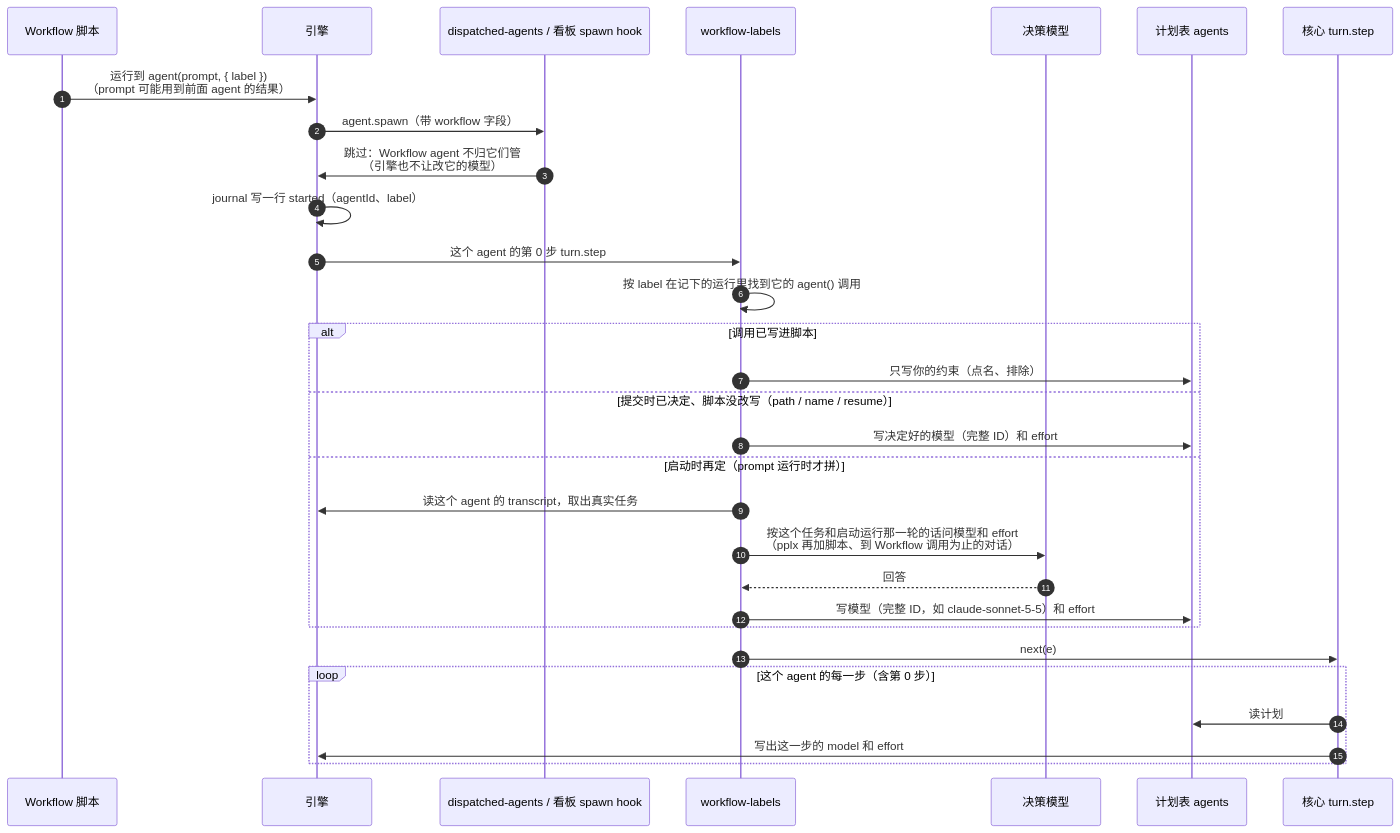
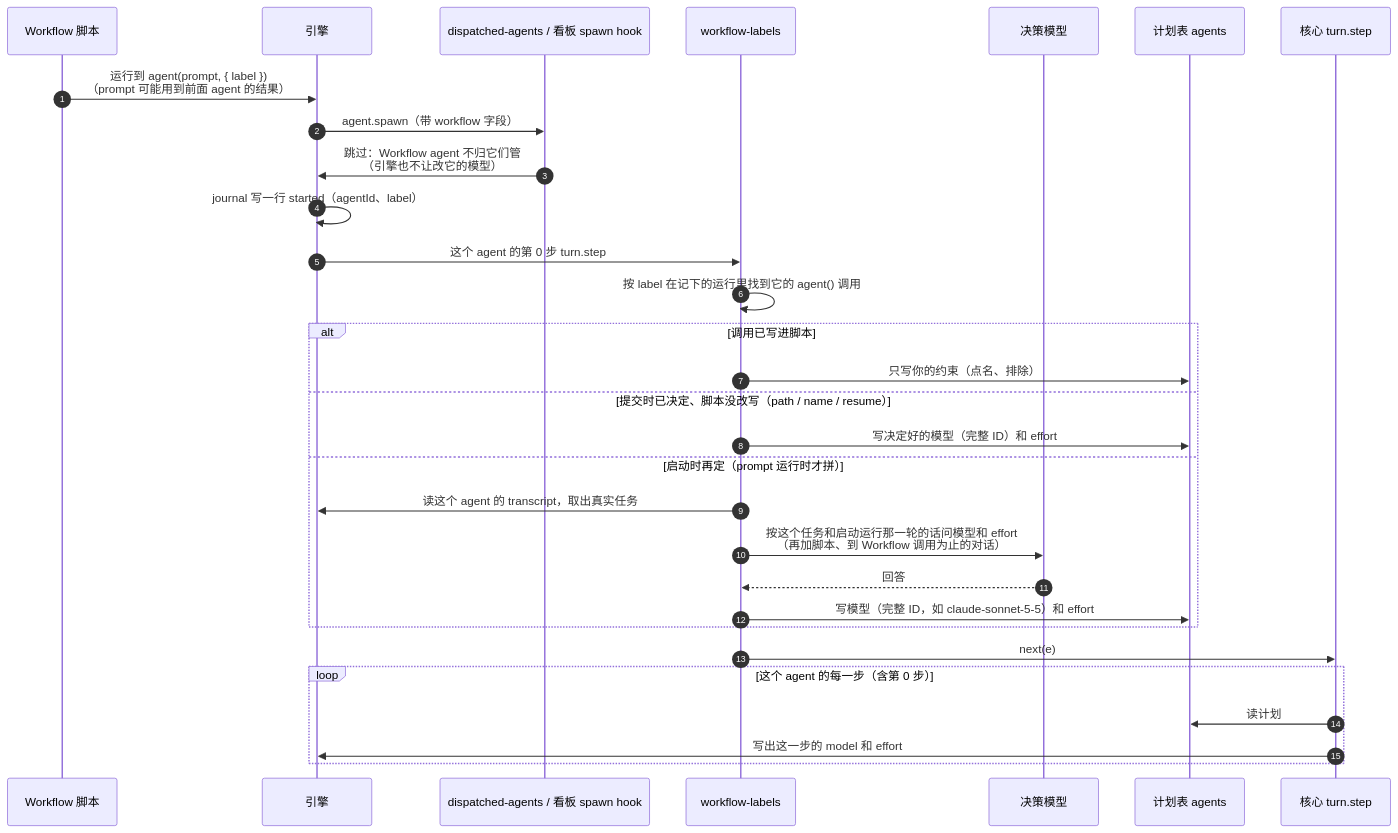
The fourth of 6 diagrams in docs/dispatch-pilot-routing.md (alexcz-a11y/claude-mods), drawn with Mermaid before and after one commit. The commit also changed other lines of this file and 217 other files, not shown here.

````diff
--- a/docs/dispatch-pilot-routing.md
+++ b/docs/dispatch-pilot-routing.md
@@ -114,33 +114,33 @@
 ```mermaid
 sequenceDiagram
     autonumber
     participant S as Workflow 脚本
     participant E as 引擎
     participant D as dispatched-agents / 看板 spawn hook
     participant L as workflow-labels
     participant J as 决策模型
     participant P as 计划表 agents
     participant C as 核心 turn.step
 
     S->>E: 运行到 agent(prompt, { label })<br/>（prompt 可能用到前面 agent 的结果）
     E->>D: agent.spawn（带 workflow 字段）
     D->>E: 跳过：Workflow agent 不归它们管<br/>（引擎也不让改它的模型）
     E->>E: journal 写一行 started（agentId、label）
     E->>L: 这个 agent 的第 0 步 turn.step
     L->>L: 按 label 在记下的运行里找到它的 agent() 调用
     alt 调用已写进脚本
         L->>P: 只写你的约束（点名、排除）
     else 提交时已决定、脚本没改写（path / name / resume）
         L->>P: 写决定好的模型（完整 ID）和 effort
     else 启动时再定（prompt 运行时才拼）
         L->>E: 读这个 agent 的 transcript，取出真实任务
-        L->>J: 按这个任务和启动运行那一轮的话问模型和 effort<br/>（pplx 再加脚本、到 Workflow 调用为止的对话）
+        L->>J: 按这个任务和启动运行那一轮的话问模型和 effort<br/>（再加脚本、到 Workflow 调用为止的对话）
         J-->>L: 回答
         L->>P: 写模型（完整 ID，如 claude-sonnet-5-5）和 effort
     end
     L->>C: next(e)
     loop 这个 agent 的每一步（含第 0 步）
         C->>P: 读计划
         C->>E: 写出这一步的 model 和 effort
     end
 ```
````
